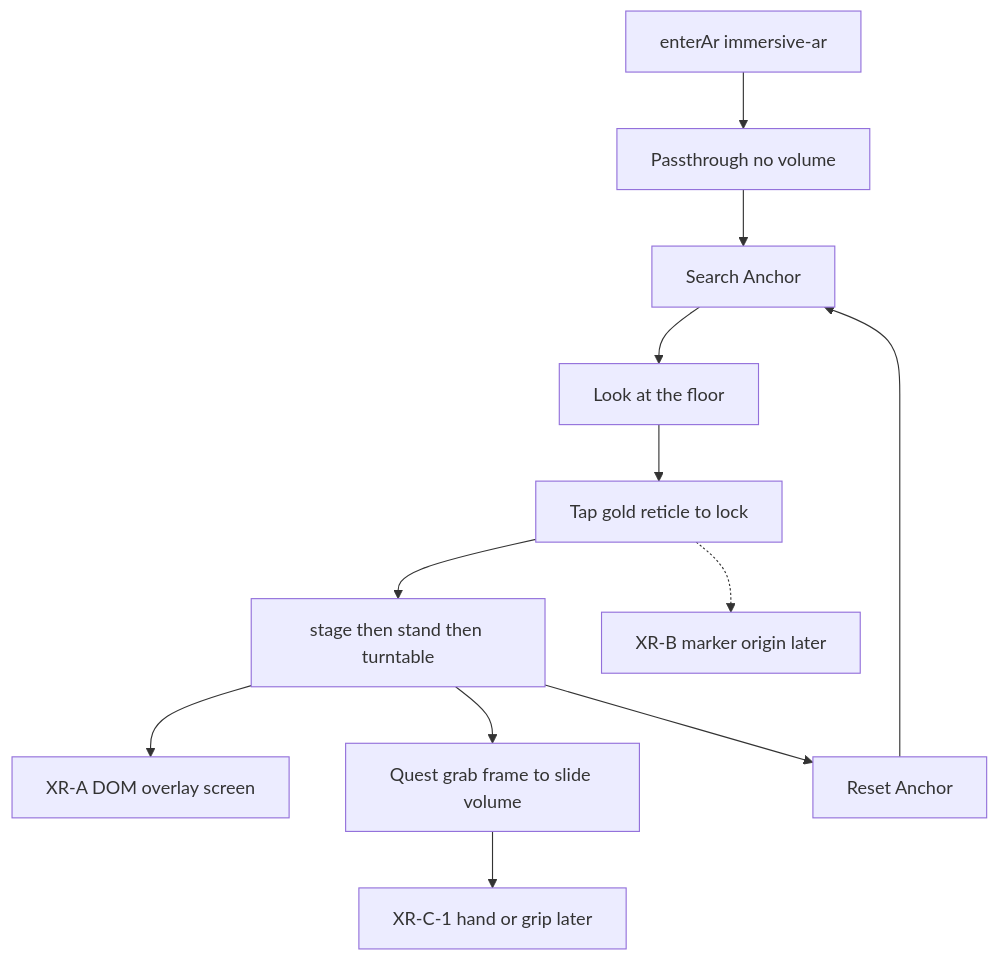
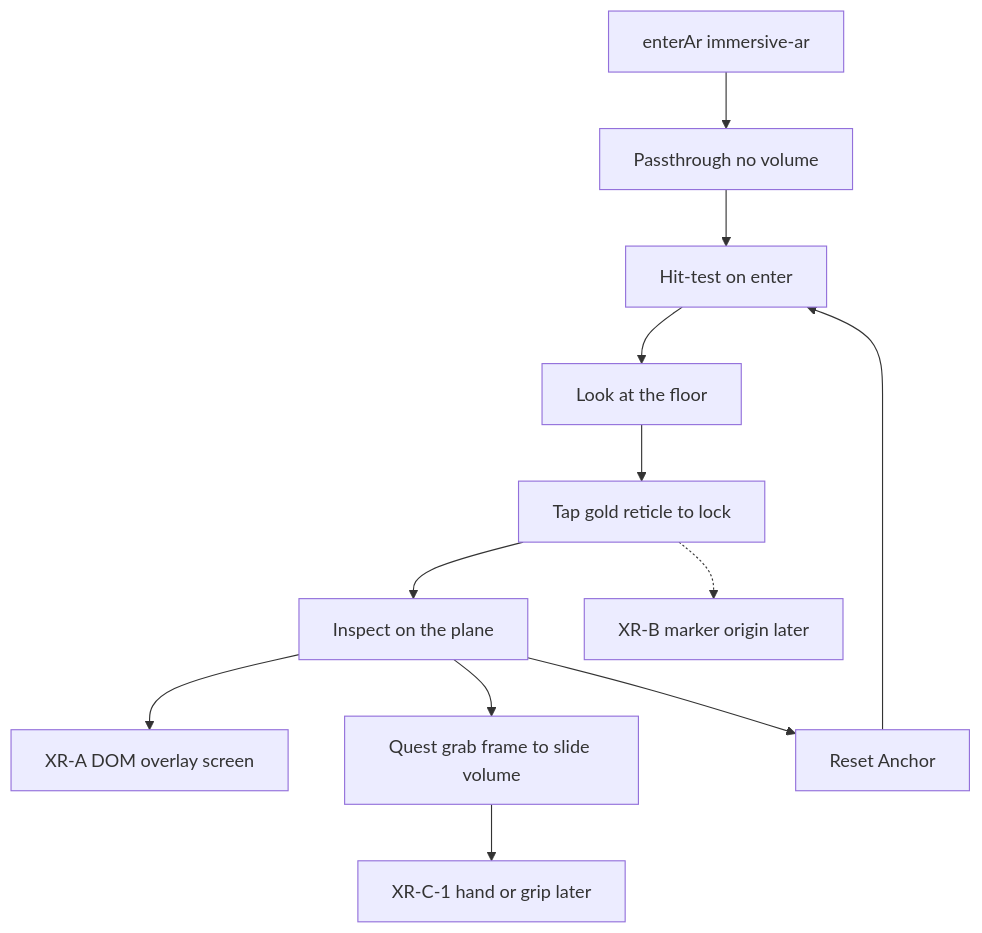
Diagram 32 of 32 in architecture.md (PiMaV/DONNER), drawn with Mermaid before and after one commit. The commit also changed other lines of this file and 22 other files, not shown here.

Commit message:
Let visitors look with an opt-in Guide, load a cube from Source or drop, and inspect on the phone without Streamer chrome.

````diff
--- a/architecture.md
+++ b/architecture.md
@@ -1164,21 +1183,21 @@
 ```mermaid
 flowchart TB
   enter[enterAr immersive-ar]
   idle[Passthrough no volume]
-  search[Search Anchor]
+  search[Hit-test on enter]
   look[Look at the floor]
   place[Tap gold reticle to lock]
   reset[Reset Anchor]
-  volume[stage then stand then turntable]
+  inspect[Inspect on the plane]
   overlay[XR-A DOM overlay screen]
   frames[Quest grab frame to slide volume]
   hands[XR-C-1 hand or grip later]
   marker[XR-B marker origin later]
-  enter --> idle --> search --> look --> place --> volume
-  volume --> overlay
-  volume --> frames
-  volume --> reset
+  enter --> idle --> search --> look --> place --> inspect
+  inspect --> overlay
+  inspect --> frames
+  inspect --> reset
   reset --> search
   frames --> hands
   place -.-> marker
 ```
````
